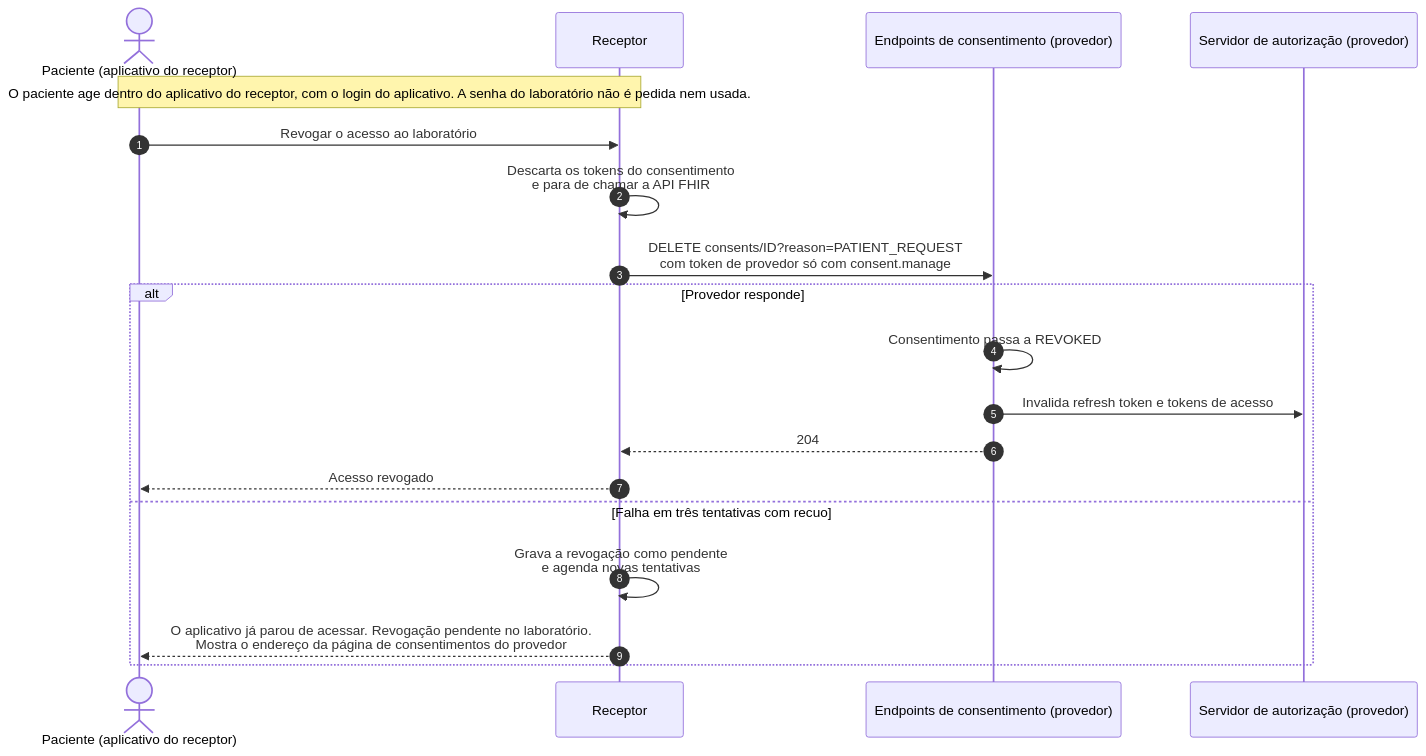
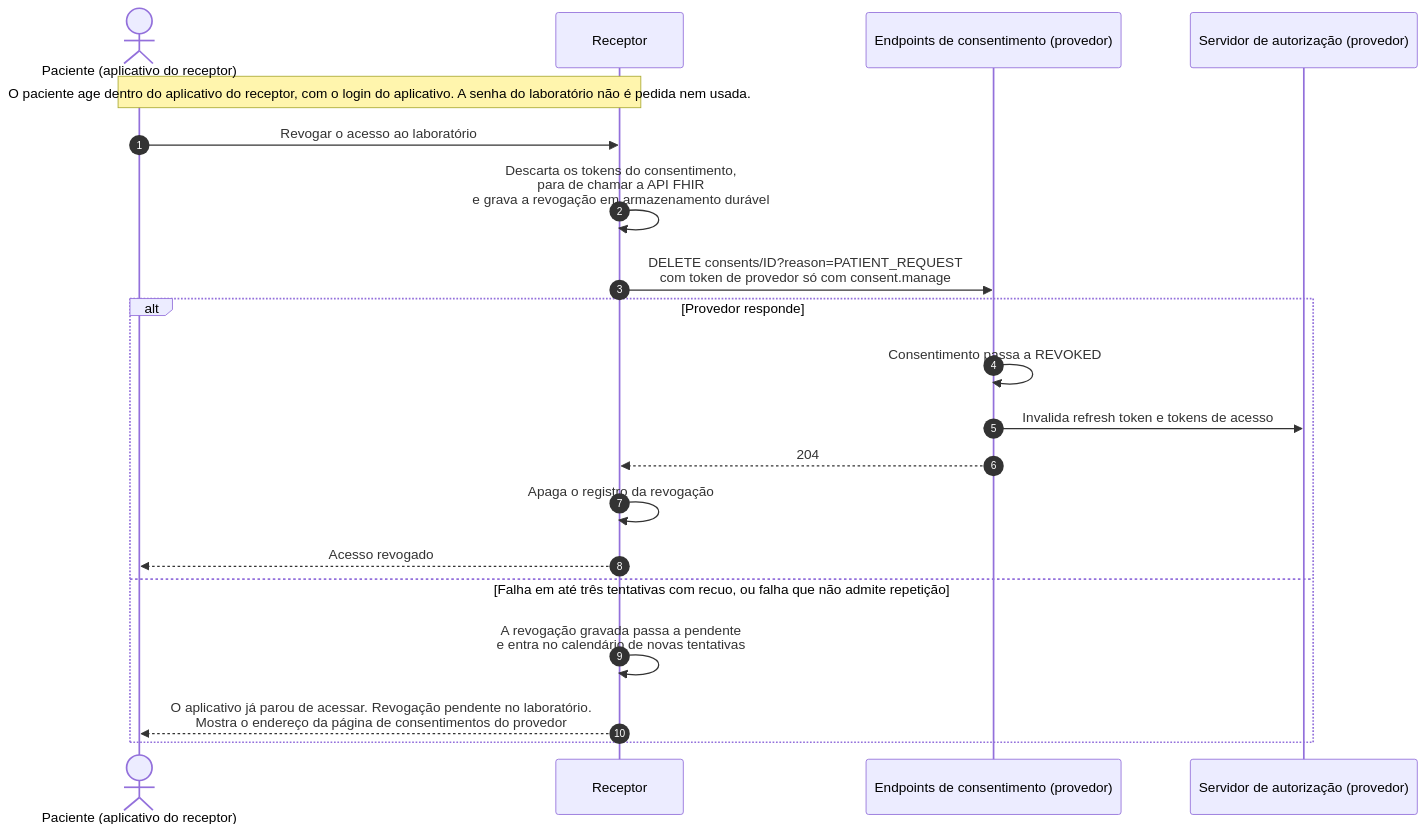
Before and after one commit to Precisa-Saude/open-labs-brasil: the sixth of 8 diagrams in especificacao/02-fluxos.md, drawn with Mermaid. The commit also changed other lines of this file and 74 other files, not shown here.

````diff
--- a/especificacao/02-fluxos.md
+++ b/especificacao/02-fluxos.md
@@ -249,21 +249,22 @@
 ```mermaid
 sequenceDiagram
     autonumber
     actor P as Paciente (aplicativo do receptor)
     participant R as Receptor
     participant RS as Endpoints de consentimento (provedor)
     participant AS as Servidor de autorização (provedor)
     Note over P,R: O paciente age dentro do aplicativo do receptor, com o login do aplicativo. A senha do laboratório não é pedida nem usada.
     P->>R: Revogar o acesso ao laboratório
-    R->>R: Descarta os tokens do consentimento<br/>e para de chamar a API FHIR
+    R->>R: Descarta os tokens do consentimento,<br/>para de chamar a API FHIR<br/>e grava a revogação em armazenamento durável
     R->>RS: DELETE consents/ID?reason=PATIENT_REQUEST<br/>com token de provedor só com consent.manage
     alt Provedor responde
     RS->>RS: Consentimento passa a REVOKED
     RS->>AS: Invalida refresh token e tokens de acesso
     RS-->>R: 204
+    R->>R: Apaga o registro da revogação
     R-->>P: Acesso revogado
-    else Falha em três tentativas com recuo
-    R->>R: Grava a revogação como pendente<br/>e agenda novas tentativas
+    else Falha em até três tentativas com recuo, ou falha que não admite repetição
+    R->>R: A revogação gravada passa a pendente<br/>e entra no calendário de novas tentativas
     R-->>P: O aplicativo já parou de acessar. Revogação pendente no laboratório.<br/>Mostra o endereço da página de consentimentos do provedor
     end
 ```
````
